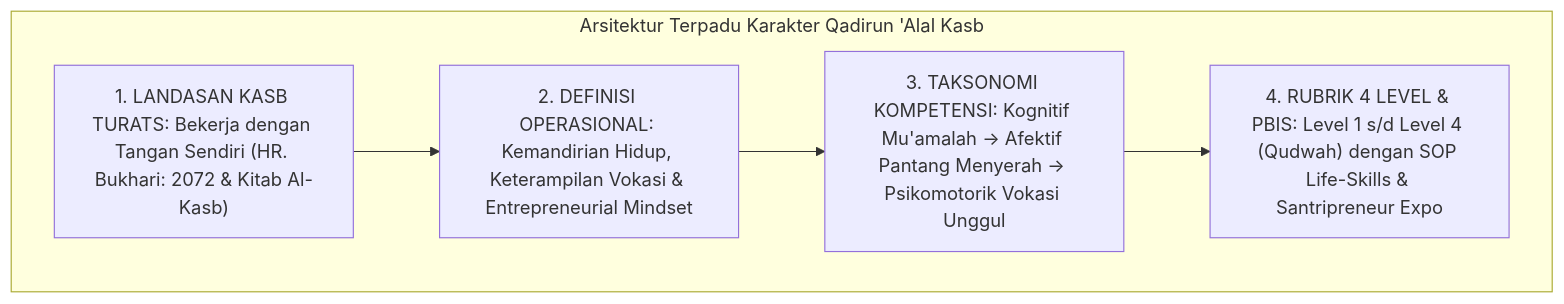
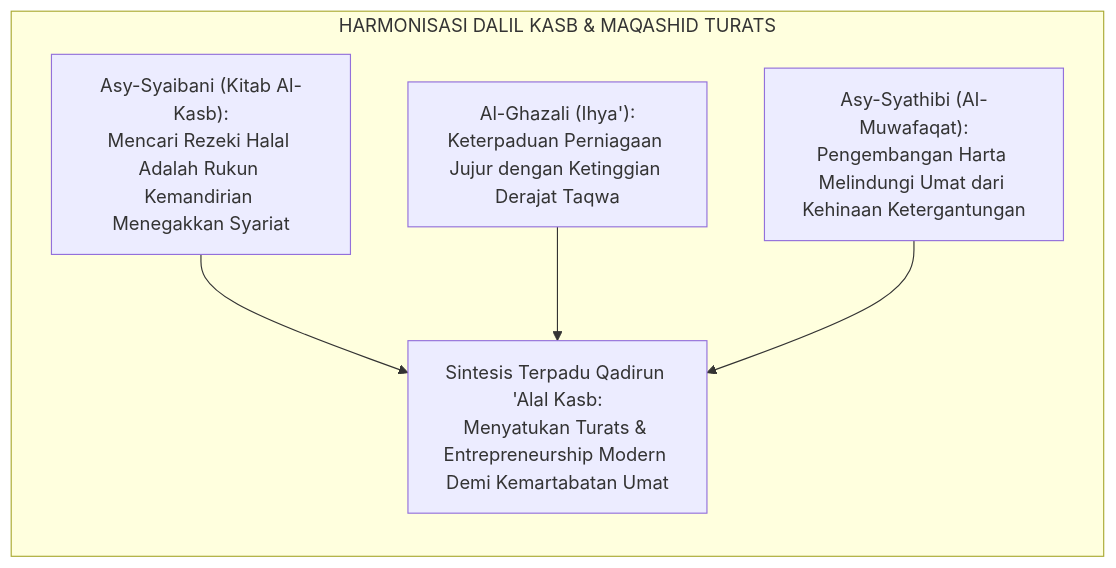
Before and after one commit to wandiapriliyandi/tumbuh: the second of 7 diagrams in 03 Capacity Framework/12 Qadirun Alal Kasb/P3-12-14-Sintesis-dan-Validasi-Qadirun-Alal-Kasb.md, drawn with Mermaid. The commit also changed other lines of this file and 14 other files, not shown here.

Commit message:
docs(03-capacity): complete all 15 research monographs for 12 Qadirun Alal Kasb

````diff
--- a/03 Capacity Framework/12 Qadirun Alal Kasb/P3-12-14-Sintesis-dan-Validasi-Qadirun-Alal-Kasb.md
+++ b/03 Capacity Framework/12 Qadirun Alal Kasb/P3-12-14-Sintesis-dan-Validasi-Qadirun-Alal-Kasb.md
@@ -10,13 +74,8 @@
 ```mermaid
-graph TD
-    subgraph Sintesis_Qadirun_Alal_Kasb["Arsitektur Terpadu Karakter Qadirun 'Alal Kasb"]
-        QAK1["1. LANDASAN KASB TURATS: Bekerja dengan Tangan Sendiri (HR. Bukhari: 2072 & Kitab Al-Kasb)"]
-        QAK2["2. DEFINISI OPERASIONAL: Kemandirian Hidup, Keterampilan Vokasi & Entrepreneurial Mindset"]
-        QAK3["3. TAKSONOMI KOMPETENSI: Kognitif Mu'amalah -> Afektif Pantang Menyerah -> Psikomotorik Vokasi Unggul"]
-        QAK4["4. RUBRIK 4 LEVEL & PBIS: Level 1 s/d Level 4 (Qudwah) dengan SOP Life-Skills & Santripreneur Expo"]
-
-        QAK1 --> QAK2
-        QAK2 --> QAK3
-        QAK3 --> QAK4
+flowchart LR
+    subgraph TuratsHarmonisasiKemandirian["HARMONISASI DALIL KASB & MAQASHID TURATS"]
+        Syaibani["Asy-Syaibani (Kitab Al-Kasb):<br/>Mencari Rezeki Halal Adalah Rukun Kemandirian Menegakkan Syariat"] --> Inti["Sintesis Terpadu Qadirun 'Alal Kasb:<br/>Menyatukan Turats & Entrepreneurship Modern Demi Kemartabatan Umat"]
+        Ghazali["Al-Ghazali (Ihya'):<br/>Keterpaduan Perniagaan Jujur dengan Ketinggian Derajat Taqwa"] --> Inti
+        Syathibi["Asy-Syathibi (Al-Muwafaqat):<br/>Pengembangan Harta Melindungi Umat dari Kehinaan Ketergantungan"] --> Inti
     end
 ```
````
